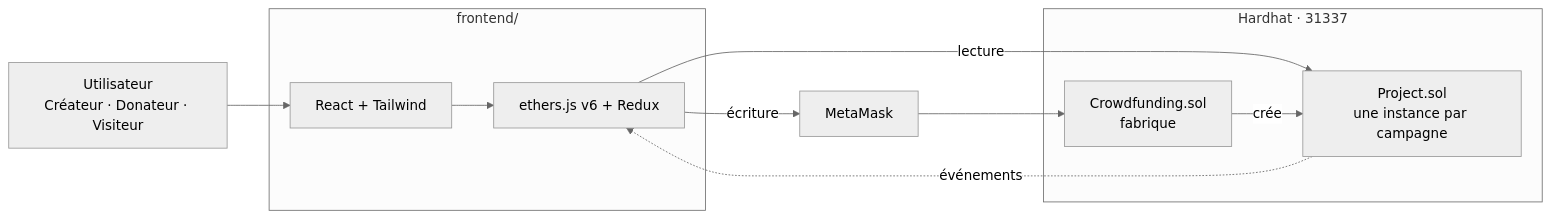
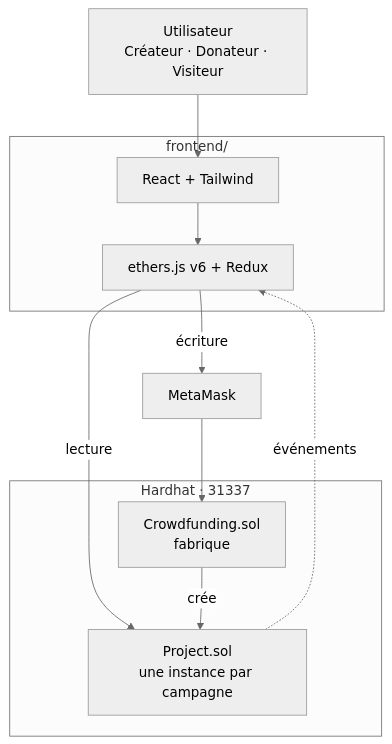
The first of 2 diagrams in docs/commun/rapport/RAPPORT.md (Chaksterr/Crowdfunding-blockchain), drawn with Mermaid (neutral theme) before and after one commit. The commit also changed other lines of this file and 3 other files, not shown here.

Commit message:
docs: add the report PDF, team names and a clearer lifecycle diagram

````diff
--- a/docs/commun/rapport/RAPPORT.md
+++ b/docs/commun/rapport/RAPPORT.md
@@ -72,18 +73,18 @@
 ```mermaid
-flowchart LR
+flowchart TB
     U["Utilisateur<br/>Créateur · Donateur · Visiteur"]
     subgraph FRONT["frontend/"]
         UI["React + Tailwind"]
         W3["ethers.js v6 + Redux"]
     end
     MM["MetaMask"]
     subgraph CHAIN["Hardhat · 31337"]
         F["Crowdfunding.sol<br/>fabrique"]
         P["Project.sol<br/>une instance par campagne"]
     end
     U --> UI --> W3
     W3 -- écriture --> MM --> F
     W3 -- lecture --> P
     F -- crée --> P
     P -. événements .-> W3
 ```
````
